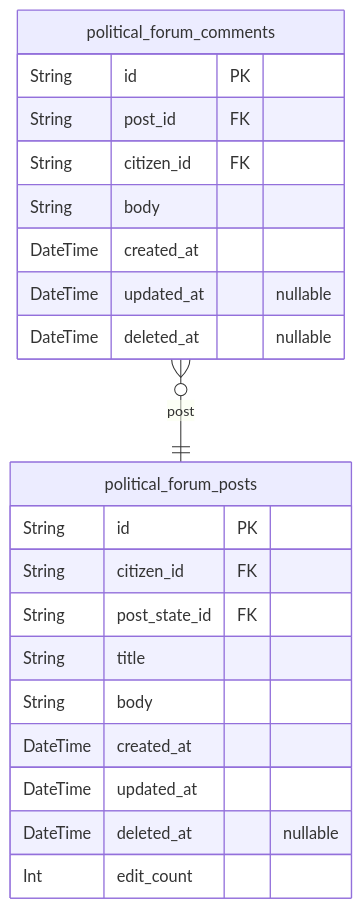
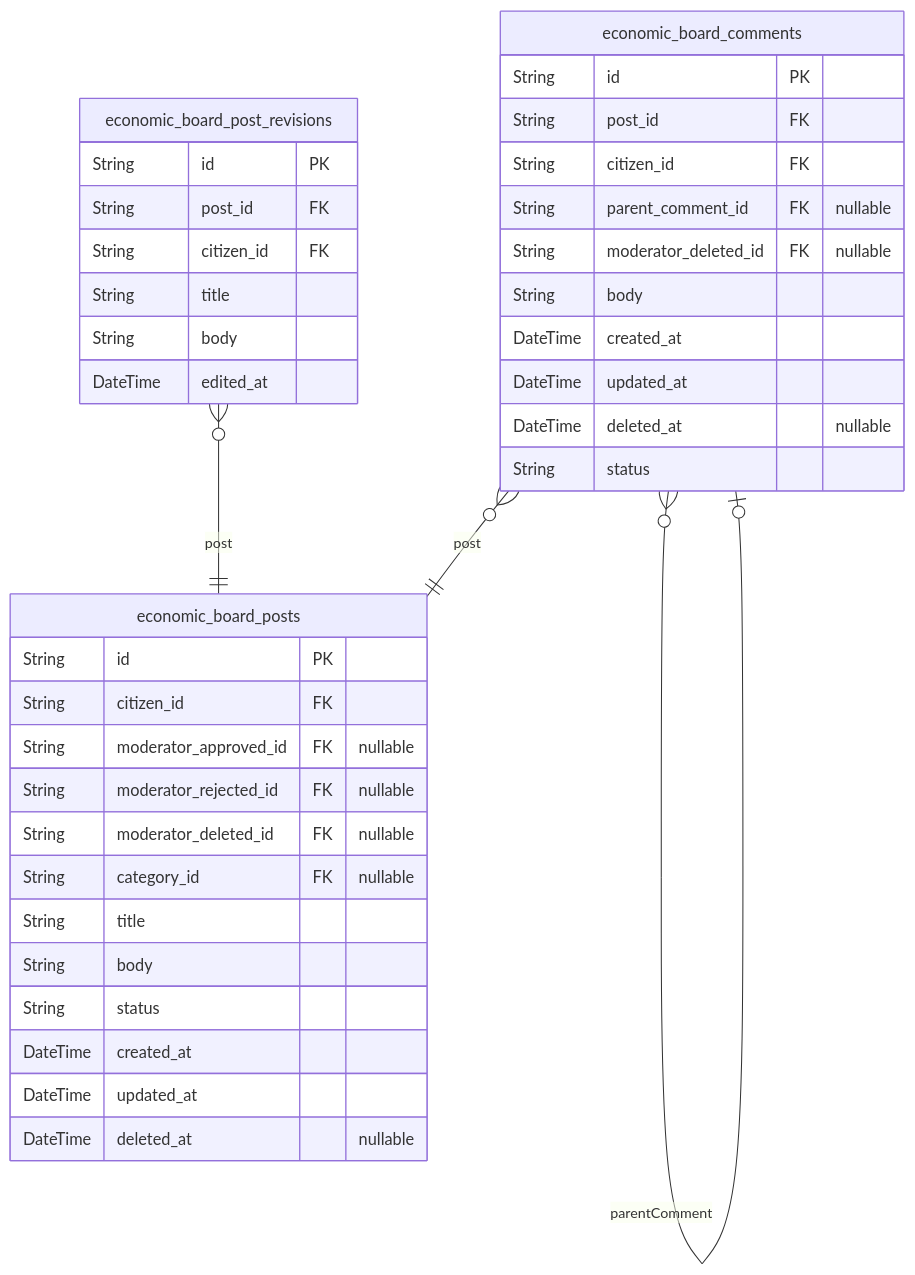
One commit to wrtnlabs/autobe-examples changed the third of 6 diagrams in qwen/qwen3-next-80b-a3b-instruct/bbs/docs/ERD.md. Above: the diagram before and after it, drawn with Mermaid. The commit also changed other lines of this file and 22498 other files, not shown here.

````diff
--- a/qwen/qwen3-next-80b-a3b-instruct/bbs/docs/ERD.md
+++ b/qwen/qwen3-next-80b-a3b-instruct/bbs/docs/ERD.md
@@ -299,24 +418,40 @@
 ```mermaid
 erDiagram
-"political_forum_posts" {
+"economic_board_posts" {
   String id PK
   String citizen_id FK
-  String post_state_id FK
+  String moderator_approved_id FK "nullable"
+  String moderator_rejected_id FK "nullable"
+  String moderator_deleted_id FK "nullable"
+  String category_id FK "nullable"
   String title
+  String body
+  String status
+  DateTime created_at
+  DateTime updated_at
+  DateTime deleted_at "nullable"
+}
+"economic_board_post_revisions" {
+  String id PK
+  String post_id FK
+  String citizen_id FK
+  String title
+  String body
+  DateTime edited_at
+}
+"economic_board_comments" {
+  String id PK
+  String post_id FK
+  String citizen_id FK
+  String parent_comment_id FK "nullable"
+  String moderator_deleted_id FK "nullable"
   String body
   DateTime created_at
   DateTime updated_at
   DateTime deleted_at "nullable"
-  Int edit_count
+  String status
 }
-"political_forum_comments" {
-  String id PK
-  String post_id FK
-  String citizen_id FK
-  String body
-  DateTime created_at
-  DateTime updated_at "nullable"
-  DateTime deleted_at "nullable"
-}
-"political_forum_comments" }o--|| "political_forum_posts" : post
+"economic_board_post_revisions" }o--|| "economic_board_posts" : post
+"economic_board_comments" }o--|| "economic_board_posts" : post
+"economic_board_comments" }o--o| "economic_board_comments" : parentComment
 ```
````
